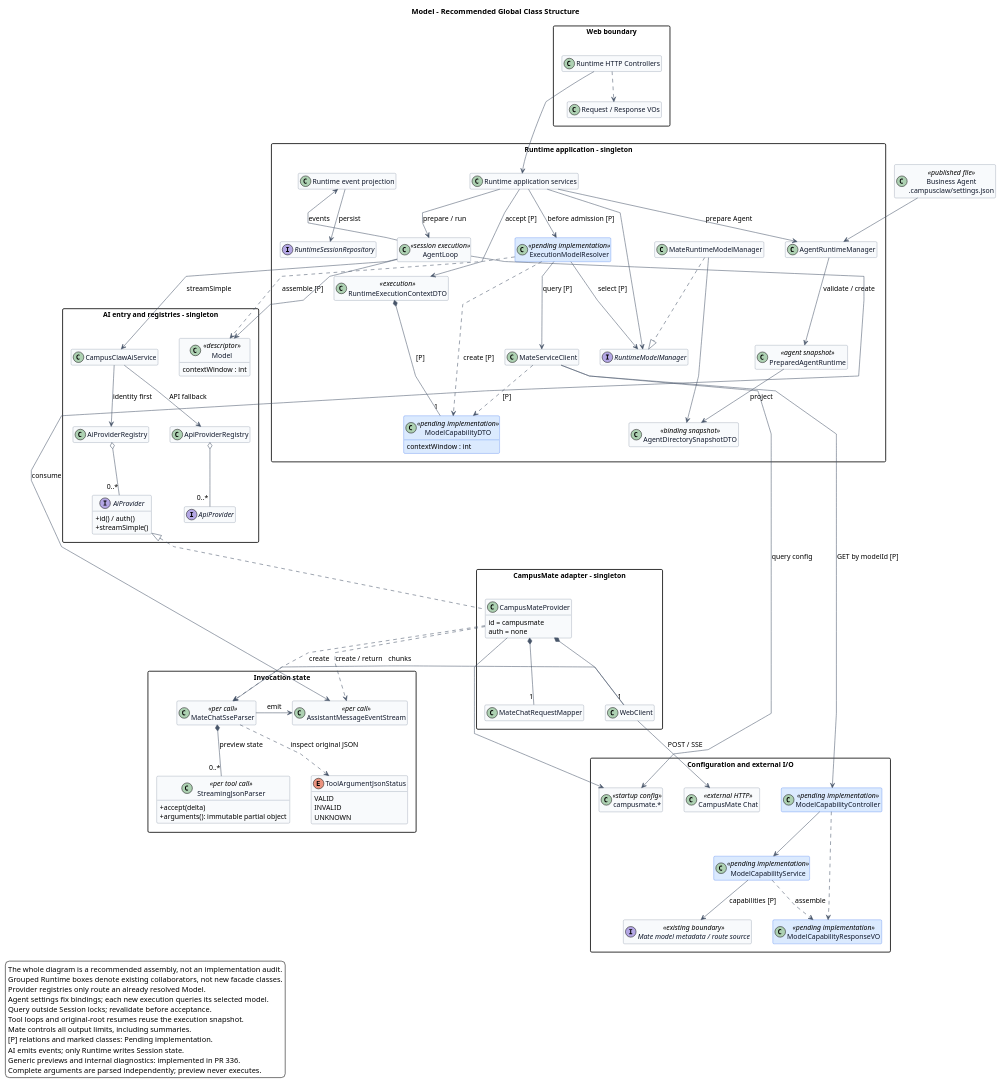
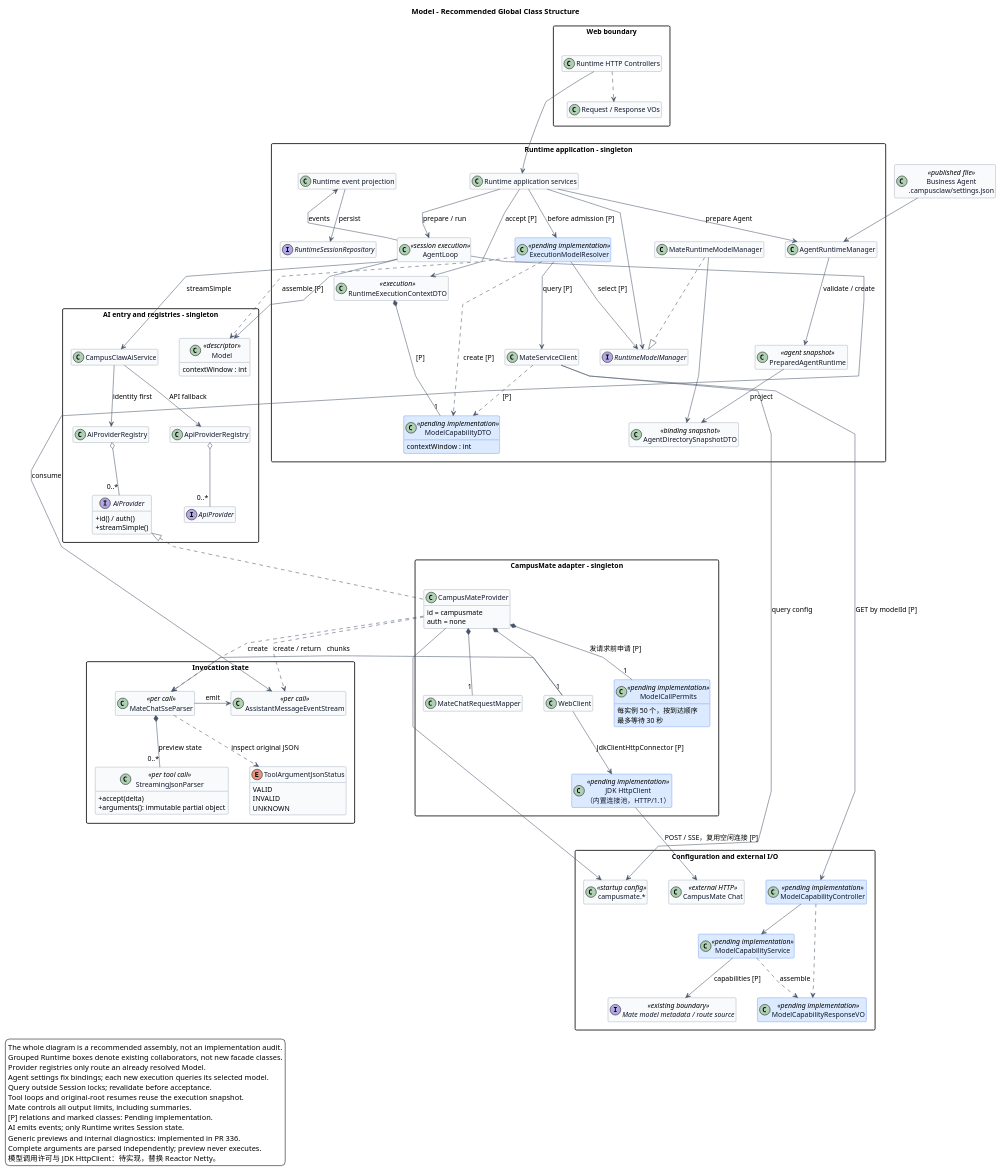
One commit to ssm0808/pi-mono-java-design changed the first of 4 diagrams in 02-服务与接口/03-Model/diagram.puml. Above: the diagram before and after it, drawn with PlantUML. The commit also changed other lines of this file and 12 other files, not shown here.

First line of the commit message:
docs(model): 模型调用改用 JDK HttpClient 并按实例限制并发

```diff
--- a/02-服务与接口/03-Model/diagram.puml
+++ b/02-服务与接口/03-Model/diagram.puml
@@ -1,185 +1,195 @@
 @startuml model-classes
 ' Baseline: pi-mono 16235fd93521f9f96164f5891beea62e6bea5b18
 ' Source evidence: packages/ai/src/models.ts: ModelsImpl, createProvider
 ' Source evidence: packages/coding-agent/src/core/model-runtime.ts: ModelRuntime.create, rebuildProviders
 ' Baseline: pi-mono-java 21c3f59be033e7bdd5506a2d9d48baa2581bc3c7
 ' Source evidence: modules/ai/src/main/java/com/campusclaw/ai/CampusClawAiService.java: streamSimple, resolveManagedProvider, resolveProvider
 ' Source evidence: modules/ai/src/main/java/com/campusclaw/ai/provider/AiProviderRegistry.java: getProvider
 ' Source evidence: modules/ai/src/main/java/com/campusclaw/ai/provider/ApiProviderRegistry.java: register, getProvider, unregister
 ' Source evidence: modules/ai/src/main/java/com/campusclaw/ai/provider/mate/CampusMateProvider.java: streamSimple, subscribe
 ' Source evidence: modules/coding-agent-cli/src/main/java/com/campusclaw/codingagent/runtime/AgentRuntimeManager.java: loadSnapshot, validSettings
 ' Source evidence: modules/coding-agent-cli/src/main/java/com/campusclaw/codingagent/runtimeapi/agent/AgentDirectorySnapshots.java: from
 ' Source evidence: modules/coding-agent-cli/src/main/java/com/campusclaw/codingagent/runtimeapi/model/MateRuntimeModelManager.java: resolveModel, listAvailableModels
 ' Source evidence: modules/coding-agent-cli/src/main/java/com/campusclaw/codingagent/runtimeapi/session/RuntimeSessionService.java: create
 ' Observed behavior: identity dispatch precedes API dispatch; Mate owns an independent WebClient path.
 ' Product constraint: Agent bindings authorize models; Mate supplies per-model token capabilities.
 ' Capability evidence: pi-mono main 36b60d2e8985899743c4cf5bd5f8929832a3f05d
 ' Source evidence: packages/coding-agent/src/core/provider-composer.ts: modelFromJson
 ' Mate baseline: 4b957a3a846659f5b7569c9d6133abc070cd2e3c
 ' Source evidence: src/main/java/com/huawei/hicampus/mate/agentdefinition/modelmanager/config/ModelManagerProperties.java: ModelRoute
 ' Pending implementation: per-execution capability query and Mate-owned output limits.
 ' Design reason: query outside locks, then revalidate bindings and Session version at admission.
 ' Architecture change: provider registries route calls but do not discover or authorize models.
 ' Pending implementation: remove ModelRegistry, external model JSON, and the alternate catalog manager.
 ' Design reason: request state stays per invocation; AI does not depend on Runtime persistence.
+' 传输与并发：Java main 1acbbf3f046932872af06868c600bb5d9498d8b6 的 CampusMateProvider.createWebClient 使用 Reactor Netty；目标改为 JdkClientHttpConnector + JDK HttpClient，并新增实例内模型调用许可（待实现）。
 
 ' Preview scope: Java a1e6450427abeabaa1af04d5964f371dbbf4cf68 (PR 336); pi main f1b2e77f5b13b2a199b1052cb79c235451afe7d7.
 ' Source: modules/ai/src/main/java/com/campusclaw/ai/util/StreamingJsonParser.java :: accept, arguments.
 ' Source: modules/ai/src/main/java/com/campusclaw/ai/provider/mate/MateChatSseParser.java :: appendToolCall, finishTools, inspectArgumentJson.
 ' Source: packages/ai/src/utils/json-parse.ts :: parseStreamingJson.
 ' Java divergence: immutable partial snapshots; independent complete parsing; no repaired execution arguments.
 
 skinparam backgroundColor white
 skinparam shadowing false
 skinparam defaultFontName Arial
 skinparam defaultFontSize 13
 skinparam ArrowColor #475569
 title Model - Recommended Global Class Structure
 top to bottom direction
 skinparam classAttributeIconSize 0
 hide empty members
 skinparam packageStyle rectangle
 skinparam nodesep 40
 skinparam ranksep 55
 skinparam linetype polyline
 skinparam class {
   BackgroundColor #F8FAFC
   BorderColor #64748B
   FontColor #0F172A
   BackgroundColor<<pending implementation>> #DBEAFE
   BorderColor<<pending implementation>> #2563EB
 }
 
 class "Business Agent\n.campusclaw/settings.json" as AgentSettings <<published file>>
 package "Web boundary" as Web {
   class "Runtime HTTP Controllers" as Controllers
   class "Request / Response VOs" as VOs
 }
 package "Runtime application - singleton" as Runtime {
   class "Runtime application services" as Services
   class AgentRuntimeManager
   class MateServiceClient
   class ExecutionModelResolver <<pending implementation>>
   class RuntimeExecutionContextDTO <<execution>>
   class ModelCapabilityDTO <<pending implementation>> {
     contextWindow : int
   }
   class PreparedAgentRuntime <<agent snapshot>>
   interface RuntimeModelManager
   class MateRuntimeModelManager
   class AgentDirectorySnapshotDTO <<binding snapshot>>
 
   class AgentLoop <<session execution>>
   class "Runtime event projection" as Projection
   interface RuntimeSessionRepository
 }
 package "AI entry and registries - singleton" as AI {
   class CampusClawAiService
   class AiProviderRegistry
   interface AiProvider {
     +id() / auth()
     +streamSimple()
   }
   class ApiProviderRegistry
   interface ApiProvider
   class Model <<descriptor>> {
     contextWindow : int
   }
 }
 package "CampusMate adapter - singleton" as Adapter {
   class CampusMateProvider {
     id = campusmate
     auth = none
   }
   class MateChatRequestMapper
   class WebClient
+  class ModelCallPermits <<pending implementation>> {
+    每实例 50 个，按到达顺序
+    最多等待 30 秒
+  }
+  class "JDK HttpClient\n（内置连接池，HTTP/1.1）" as JdkHttpClient <<pending implementation>>
 }
 package "Invocation state" as Call {
   class MateChatSseParser <<per call>>
   class AssistantMessageEventStream <<per call>>
   class StreamingJsonParser <<per tool call>> {
     +accept(delta)
     +arguments(): immutable partial object
   }
   enum ToolArgumentJsonStatus {
     VALID
     INVALID
     UNKNOWN
   }
 }
 package "Configuration and external I/O" as IO {
   class "campusmate.*" as Config <<startup config>>
   class "CampusMate Chat" as Chat <<external HTTP>>
   class ModelCapabilityController <<pending implementation>>
   class ModelCapabilityService <<pending implementation>>
   class ModelCapabilityResponseVO <<pending implementation>>
   interface "Mate model metadata / route source" as Metadata <<existing boundary>>
 }
 
 Controllers -down-> Services
 Controllers ..> VOs
 Services --> AgentRuntimeManager : prepare Agent
 AgentSettings -down-> AgentRuntimeManager
 Services --> ExecutionModelResolver : before admission [P]
 ExecutionModelResolver --> MateServiceClient : query [P]
 Services --> RuntimeExecutionContextDTO : accept [P]
 MateServiceClient --> Config : query config
 MateServiceClient --> ModelCapabilityController : GET by modelId [P]
 ModelCapabilityController --> ModelCapabilityService
 ModelCapabilityController ..> ModelCapabilityResponseVO
 ModelCapabilityService --> Metadata : capabilities [P]
 ModelCapabilityService ..> ModelCapabilityResponseVO : assemble
 MateServiceClient ..> ModelCapabilityDTO : [P]
 RuntimeExecutionContextDTO *-- "1" ModelCapabilityDTO : [P]
 ExecutionModelResolver ..> ModelCapabilityDTO : create [P]
 ExecutionModelResolver ..> Model : assemble [P]
 AgentRuntimeManager --> PreparedAgentRuntime : validate / create
 PreparedAgentRuntime --> AgentDirectorySnapshotDTO : project
 Services --> RuntimeModelManager
 MateRuntimeModelManager ..|> RuntimeModelManager
 MateRuntimeModelManager --> AgentDirectorySnapshotDTO
 ExecutionModelResolver --> RuntimeModelManager : select [P]
 Services -down-> AgentLoop : prepare / run
 AgentLoop -[norank]-> Model
 AgentLoop -[norank]-> Projection : events
 Projection --> RuntimeSessionRepository : persist
 
 AgentLoop -down-> CampusClawAiService : streamSimple
 CampusClawAiService -down-> AiProviderRegistry : identity first
 AiProviderRegistry o-- "0..*" AiProvider
 CampusClawAiService -down-> ApiProviderRegistry : API fallback
 ApiProviderRegistry o-- "0..*" ApiProvider
 CampusMateProvider .up.|> AiProvider
 CampusMateProvider *-- "1" MateChatRequestMapper
 CampusMateProvider *-- "1" WebClient
+CampusMateProvider *-- "1" ModelCallPermits : 发请求前申请 [P]
+WebClient --> JdkHttpClient : JdkClientHttpConnector [P]
 CampusMateProvider --> Config
 CampusMateProvider ..> MateChatSseParser : create
 CampusMateProvider ..> AssistantMessageEventStream : create / return
 MateChatSseParser *-- "0..*" StreamingJsonParser : preview state
 MateChatSseParser ..> ToolArgumentJsonStatus : inspect original JSON
 MateChatSseParser --> AssistantMessageEventStream : emit
 AgentLoop -[norank]-> AssistantMessageEventStream : consume
-WebClient --> Chat : POST / SSE
+JdkHttpClient --> Chat : POST / SSE，复用空闲连接 [P]
 WebClient -[norank]-> MateChatSseParser : chunks
 
 Controllers -[hidden]down-> Services
 VOs -[hidden]down-> Services
 Services -[hidden]down-> CampusClawAiService
 CampusClawAiService -[hidden]down-> CampusMateProvider
 MateChatRequestMapper -[hidden]right-> WebClient
+WebClient -[hidden]right-> ModelCallPermits
 MateChatSseParser -[hidden]right-> AssistantMessageEventStream
 
 legend bottom left
 The whole diagram is a recommended assembly, not an implementation audit.
 Grouped Runtime boxes denote existing collaborators, not new facade classes.
 Provider registries only route an already resolved Model.
 Agent settings fix bindings; each new execution queries its selected model.
 Query outside Session locks; revalidate before acceptance.
 Tool loops and original-root resumes reuse the execution snapshot.
 Mate controls all output limits, including summaries.
 [P] relations and marked classes: Pending implementation.
 AI emits events; only Runtime writes Session state.
 Generic previews and internal diagnostics: implemented in PR 336.
 Complete arguments are parsed independently; preview never executes.
+模型调用许可与 JDK HttpClient：待实现，替换 Reactor Netty。
 endlegend
 @enduml
```
